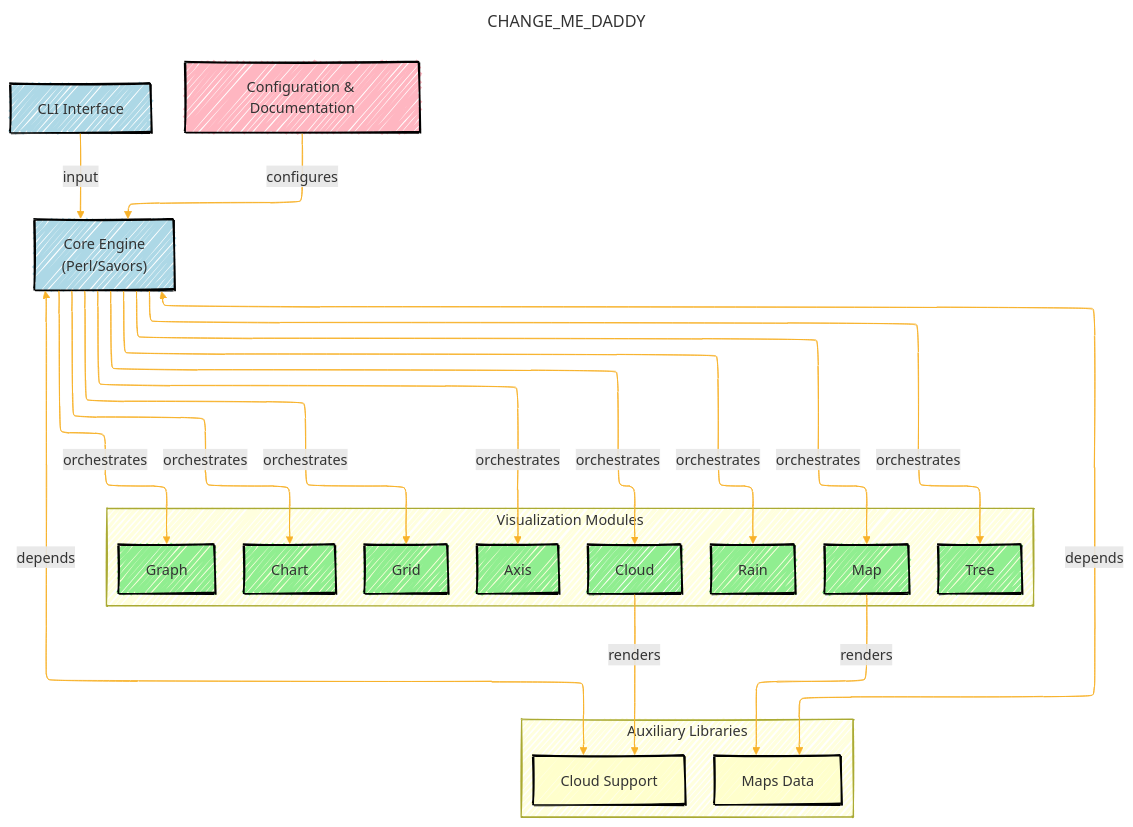
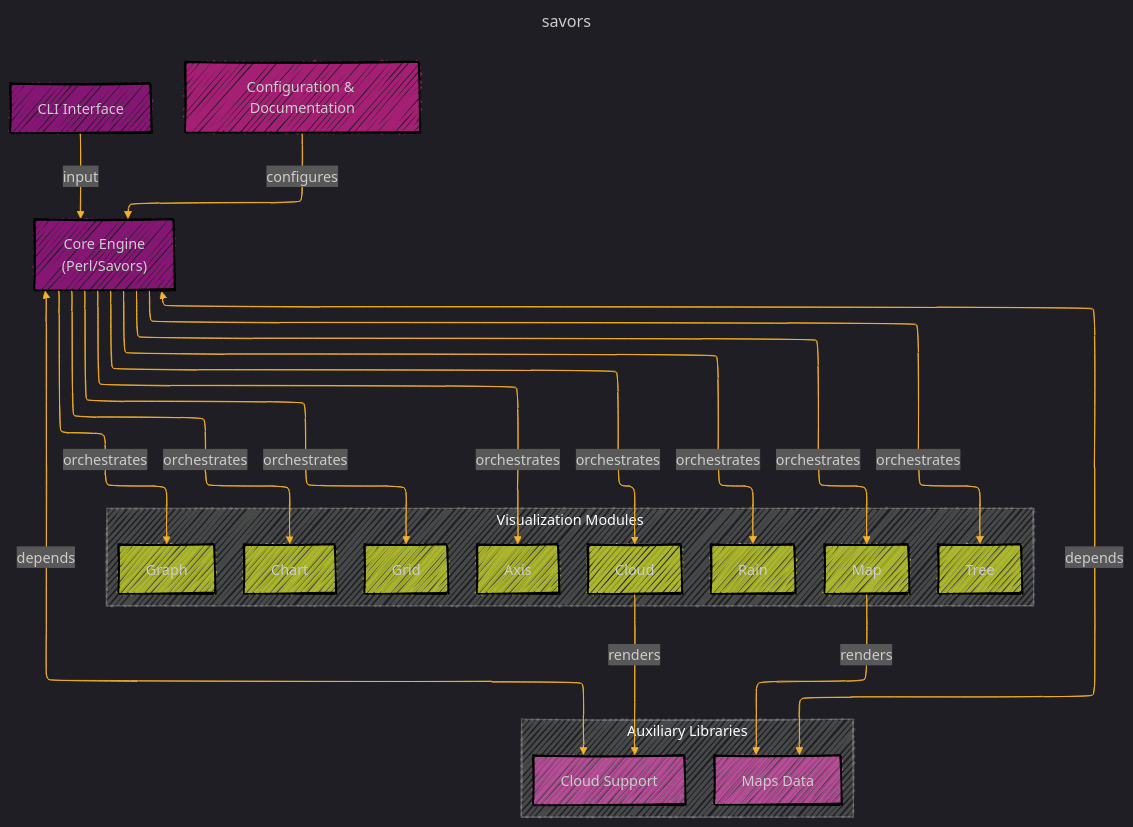
The diagram in NASA/savors.md (CongLeSolutionX/ArchExplorer), drawn with Mermaid before and after one commit.

Commit message:
update notes

````diff
--- a/NASA/savors.md
+++ b/NASA/savors.md
@@ -27,6 +27,6 @@
 ```mermaid
 ---
-title: "CHANGE_ME_DADDY"
+title: "savors"
 author: "Cong Le"
 version: "1.0"
 license(s): "MIT, CC BY 4.0"
@@ -34,7 +34,7 @@
 config:
   layout: elk
   look: handDrawn
-  theme: default
+  theme: dark
 ---
 %%%%%%%% Mermaid version v11.4.1-b.14
 %%%%%%%% Toggle theme value to `base` to activate the initilization below for the customized theme version.
@@ -107,9 +107,9 @@
     click libMaps "https://github.com/pkolano/savors/tree/master/lib/maps"
     click ConfigDoc "https://github.com/pkolano/savors/tree/master/etc/savorsrc"
 
-    classDef core fill:#add8e6,stroke:#000,stroke-width:2px
-    classDef vis fill:#90ee90,stroke:#000,stroke-width:2px
-    classDef aux fill:#ffffcc,stroke:#000,stroke-width:2px
-    classDef config fill:#ffb6c1,stroke:#000,stroke-width:2px
+    classDef core fill:#c1a9,stroke:#000,stroke-width:2px
+    classDef vis fill:#ef29,stroke:#000,stroke-width:2px
+    classDef aux fill:#f5c9,stroke:#000,stroke-width:2px
+    classDef config fill:#f2a9,stroke:#000,stroke-width:2px
 
 ```
````
